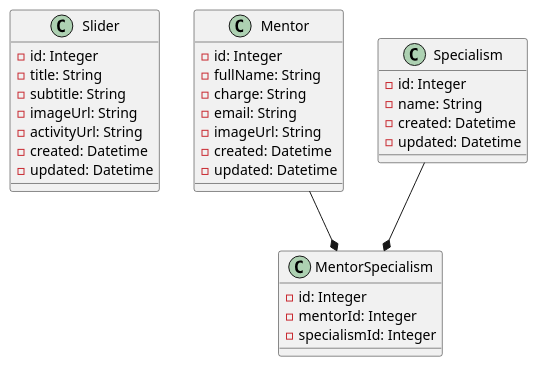
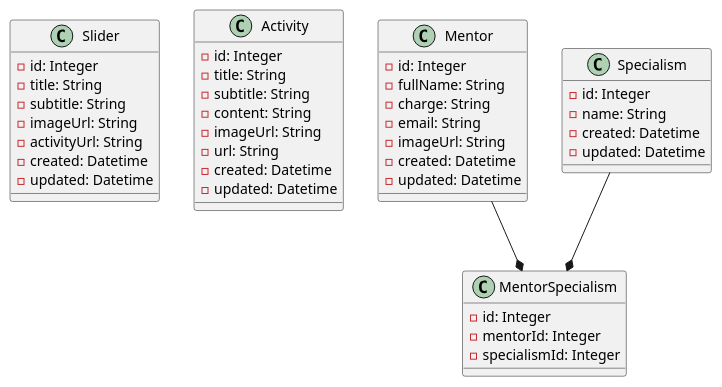
One commit to pepeul1191/rails-innova changed the diagram in docs/class_diagram.puml. Above: the diagram before and after it, drawn with PlantUML. The commit also changed 13 other files, not shown here.

```diff
--- a/docs/class_diagram.puml
+++ b/docs/class_diagram.puml
@@ -1,41 +1,52 @@
 @startuml
 
 ' Definición de clases
 class Slider {
   - id: Integer
   - title: String
   - subtitle: String
   - imageUrl: String
   - activityUrl: String
+  - created: Datetime 
+  - updated: Datetime
+}
+
+class Activity {
+  - id: Integer
+  - title: String
+  - subtitle: String
+  - content: String
+  - imageUrl: String
+  - url: String
   - created: Datetime 
   - updated: Datetime
 }
 
 class Mentor {
   - id: Integer
   - fullName: String
   - charge: String
   - email: String
   - imageUrl: String
   - created: Datetime 
   - updated: Datetime
 }
 
 class MentorSpecialism{
   - id: Integer
   - mentorId: Integer
   - specialismId: Integer
 }
 
 class Specialism{
   - id: Integer
   - name: String
   - created: Datetime 
   - updated: Datetime
 }
 
 ' Relaciones
 Mentor --* MentorSpecialism
 Specialism --* MentorSpecialism
 
 @enduml
```
